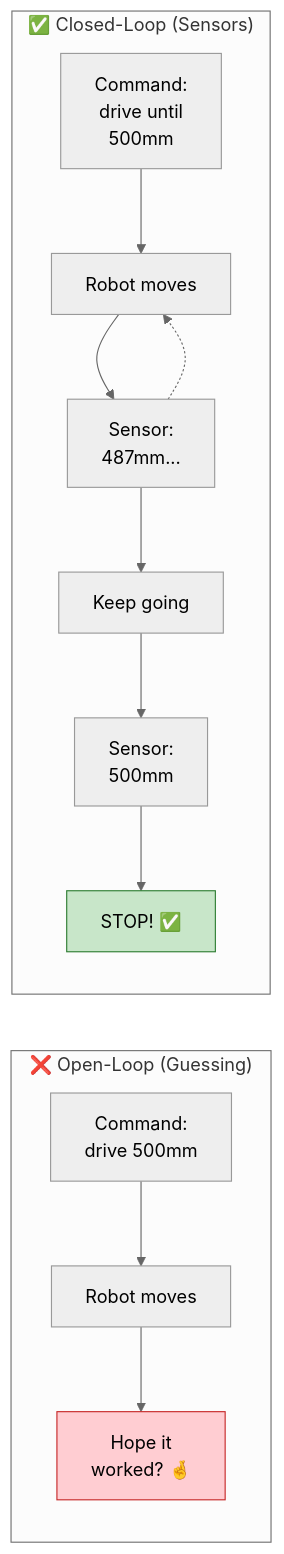
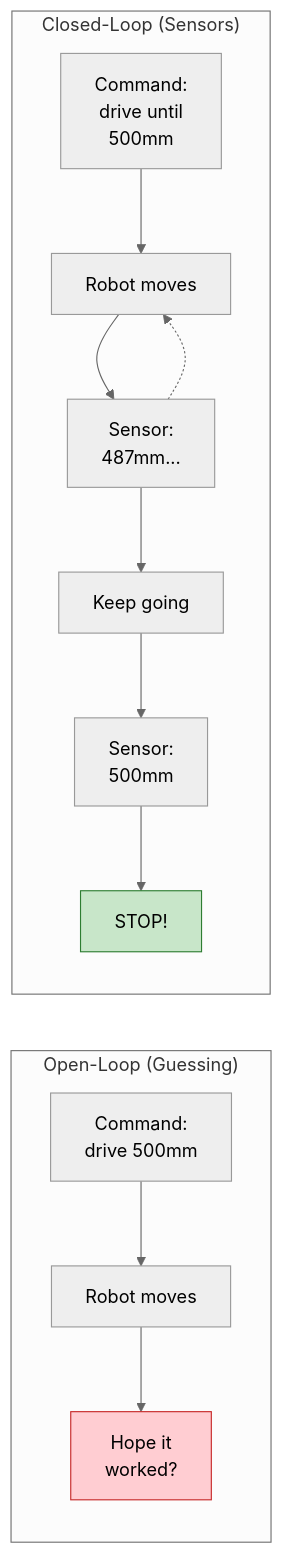
One commit to anowarislam/vex-pushback changed the first of 14 diagrams in docs/tutorials/07-advanced/02-sensor-integration.md. Above: the diagram before and after it, drawn with Mermaid (neutral theme). The commit also changed other lines of this file and 16 other files, not shown here.

````diff
--- a/docs/tutorials/07-advanced/02-sensor-integration.md
+++ b/docs/tutorials/07-advanced/02-sensor-integration.md
@@ -44,19 +44,19 @@
 ```mermaid
 flowchart LR
-    subgraph "❌ Open-Loop (Guessing)"
+    subgraph "Open-Loop (Guessing)"
         A1["Command:\ndrive 500mm"] --> B1["Robot moves"]
-        B1 --> C1["Hope it\nworked? 🤞"]
+        B1 --> C1["Hope it\nworked?"]
     end
 
-    subgraph "✅ Closed-Loop (Sensors)"
+    subgraph "Closed-Loop (Sensors)"
         A2["Command:\ndrive until\n500mm"] --> B2["Robot moves"]
         B2 --> C2["Sensor:\n487mm..."]
         C2 --> D2["Keep going"]
         D2 --> E2["Sensor:\n500mm"]
-        E2 --> F2["STOP! ✅"]
+        E2 --> F2["STOP!"]
         C2 -.-> B2
     end
 
     style C1 fill:#ffcdd2,stroke:#c62828
     style F2 fill:#c8e6c9,stroke:#2e7d32
 ```
````
